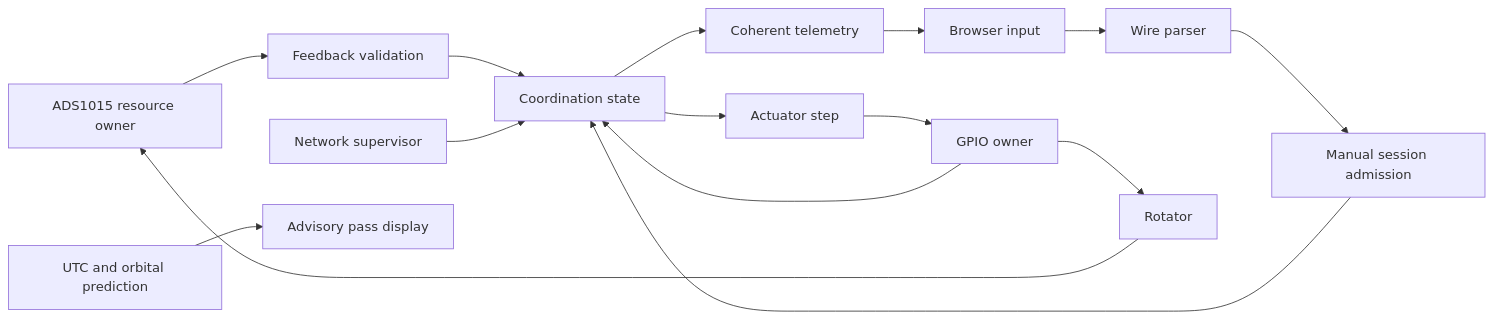
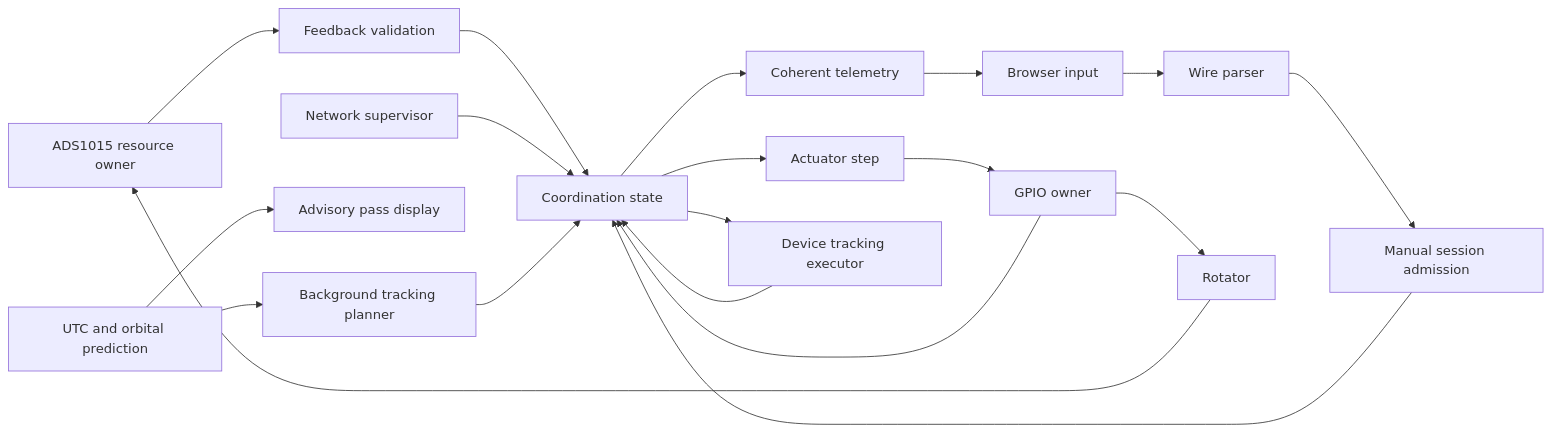
Before and after one commit to tteggel/ezal: the diagram in docs/ARCHITECTURE.md, drawn with Mermaid. The commit also changed other lines of this file and 27 other files, not shown here.

First line of the commit message:
Integrate device-owned tracking execution into firmware

````diff
--- a/docs/ARCHITECTURE.md
+++ b/docs/ARCHITECTURE.md
@@ -14,17 +14,21 @@
 ```mermaid
 flowchart LR
     ADC[ADS1015 resource owner] --> F[Feedback validation]
     F --> C[Coordination state]
     B[Browser input] --> W[Wire parser]
     W --> S[Manual session admission]
     S --> C
     N[Network supervisor] --> C
     C --> A[Actuator step]
     A --> G[GPIO owner]
     G --> R[Rotator]
     R --> ADC
     G --> C
     C --> T[Coherent telemetry]
     T --> B
     P[UTC and orbital prediction] --> D[Advisory pass display]
+    P --> X[Background tracking planner]
+    X --> C
+    C --> E[Device tracking executor]
+    E --> C
 ```
````
